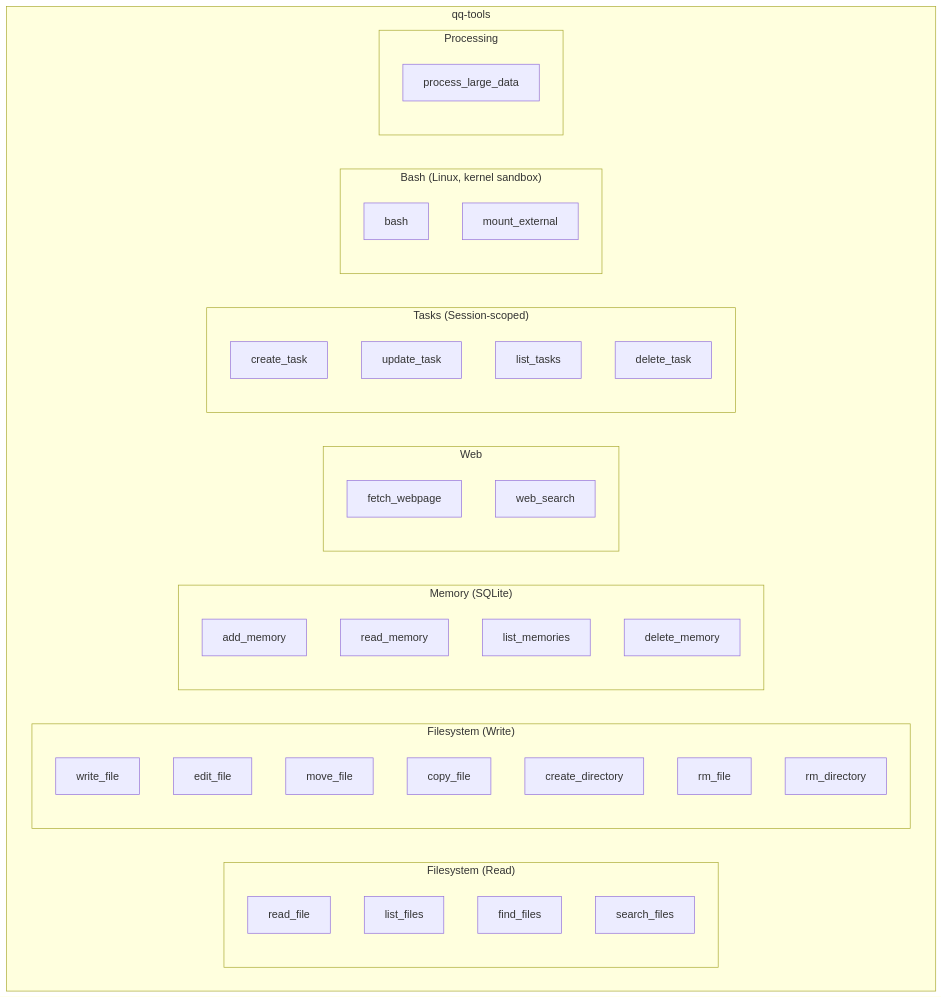
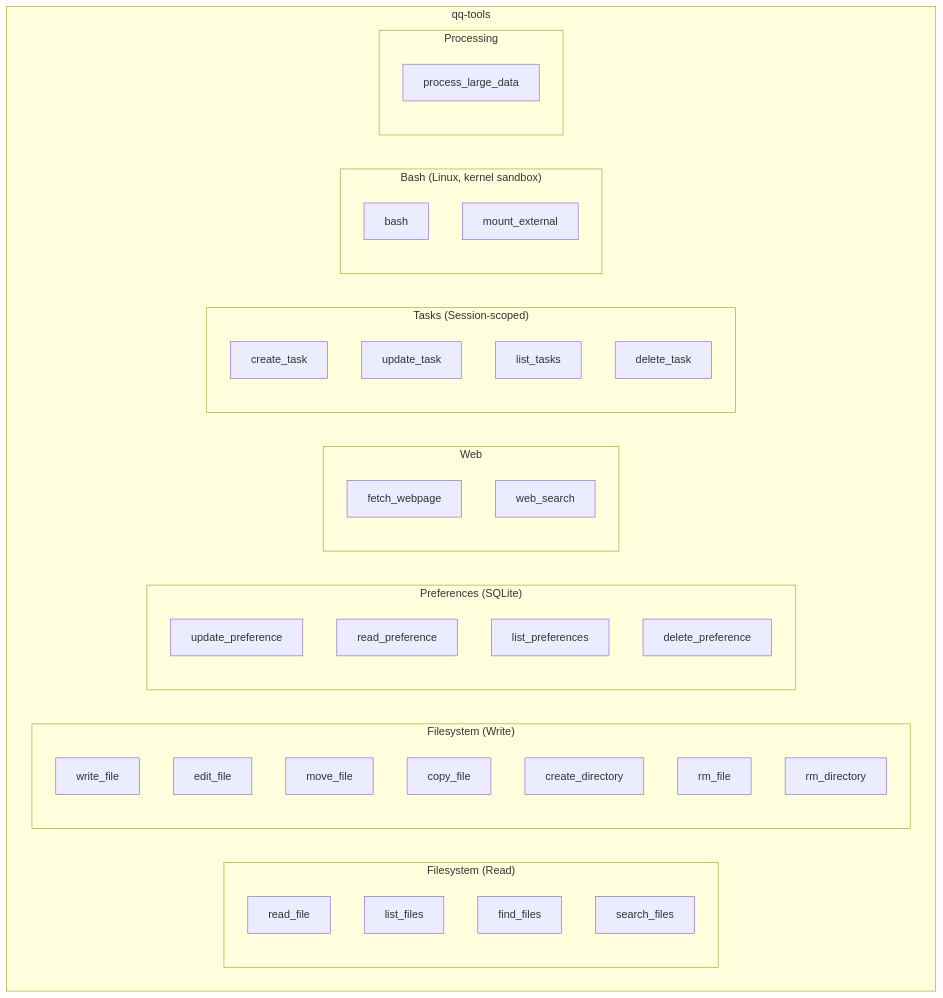
The ninth of 37 diagrams in docs/ARCHITECTURE.md (Refefer/quick-query-rs), drawn with Mermaid before and after one commit. The commit also changed other lines of this file and 12 other files, not shown here.

First line of the commit message:
Rename memory tools to preference tools and scope to user preferences

````diff
--- a/docs/ARCHITECTURE.md
+++ b/docs/ARCHITECTURE.md
@@ -495,49 +495,49 @@
 ```mermaid
 graph TD
     subgraph "qq-tools"
         subgraph "Filesystem (Read)"
             RF[read_file]
             LF[list_files]
             FF[find_files]
             SF[search_files]
         end
 
         subgraph "Filesystem (Write)"
             WF[write_file]
             EF[edit_file]
             MF[move_file]
             CF[copy_file]
             CD[create_directory]
             RMF[rm_file]
             RMD[rm_directory]
         end
 
-        subgraph "Memory (SQLite)"
-            AM[add_memory]
-            RM[read_memory]
-            LM[list_memories]
-            DM[delete_memory]
+        subgraph "Preferences (SQLite)"
+            AM[update_preference]
+            RM[read_preference]
+            LM[list_preferences]
+            DM[delete_preference]
         end
 
         subgraph "Web"
             FW[fetch_webpage]
             WS[web_search]
         end
 
         subgraph "Tasks (Session-scoped)"
             CT[create_task]
             UT[update_task]
             LT[list_tasks]
             DT[delete_task]
         end
 
         subgraph "Bash (Linux, kernel sandbox)"
             BASH[bash]
             ME[mount_external]
         end
 
         subgraph "Processing"
             PLD[process_large_data]
         end
     end
 ```
````
